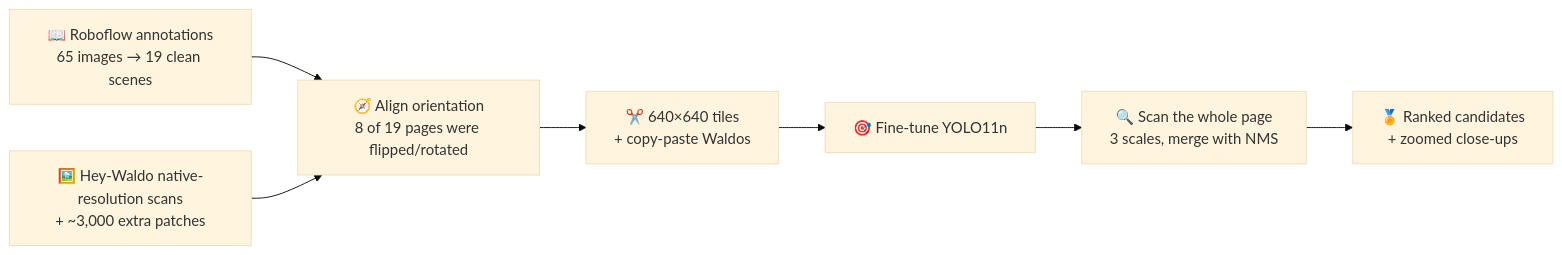
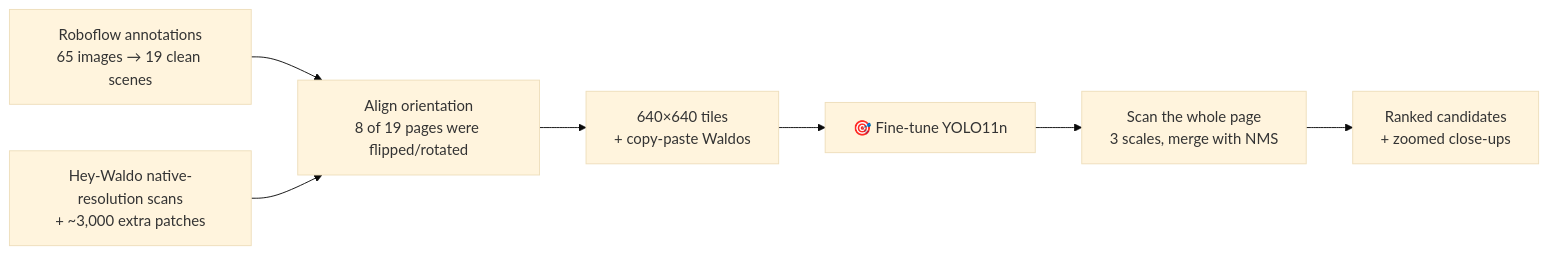
The diagram in README.md (VasilisVas1/wheres-waldo), drawn with Mermaid (base theme) before and after one commit. The commit also changed other lines of this file, not shown here.

````diff
--- a/README.md
+++ b/README.md
@@ -91,9 +91,9 @@
 ```mermaid
 flowchart LR
-    A["📖 Roboflow annotations<br/>65 images → 19 clean scenes"] --> C
-    B["🖼️ Hey-Waldo native-resolution scans<br/>+ ~3,000 extra patches"] --> C
-    C["🧭 Align orientation<br/>8 of 19 pages were flipped/rotated"] --> D
-    D["✂️ 640×640 tiles<br/>+ copy-paste Waldos"] --> E["🎯 Fine-tune YOLO11n"]
-    E --> F["🔍 Scan the whole page<br/>3 scales, merge with NMS"]
-    F --> G["🏅 Ranked candidates<br/>+ zoomed close-ups"]
+    A["Roboflow annotations<br/>65 images → 19 clean scenes"] --> C
+    B["Hey-Waldo native-resolution scans<br/>+ ~3,000 extra patches"] --> C
+    C["Align orientation<br/>8 of 19 pages were flipped/rotated"] --> D
+    D["640×640 tiles<br/>+ copy-paste Waldos"] --> E["🎯 Fine-tune YOLO11n"]
+    E --> F[" Scan the whole page<br/>3 scales, merge with NMS"]
+    F --> G[" Ranked candidates<br/>+ zoomed close-ups"]
 ```
````
